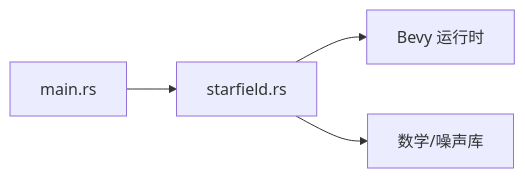
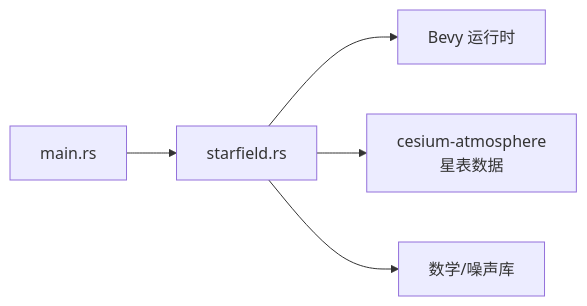
The fifth of 5 diagrams in .qoder/repowiki/zh/content/项目概述/核心特性/3D渲染引擎/特效与后处理系统/星场渲染器.md (rzhangjing/cesium), drawn with Mermaid before and after one commit. The commit also changed other lines of this file and 24 other files, not shown here.

````diff
--- a/.qoder/repowiki/zh/content/项目概述/核心特性/3D渲染引擎/特效与后处理系统/星场渲染器.md
+++ b/.qoder/repowiki/zh/content/项目概述/核心特性/3D渲染引擎/特效与后处理系统/星场渲染器.md
@@ -159,6 +186,7 @@
 ```mermaid
 graph LR
 Main["main.rs"] --> Star["starfield.rs"]
 Star --> Bevy["Bevy 运行时"]
+Star --> Atmosphere["cesium-atmosphere<br/>星表数据"]
 Star --> Math["数学/噪声库"]
 ```
````
